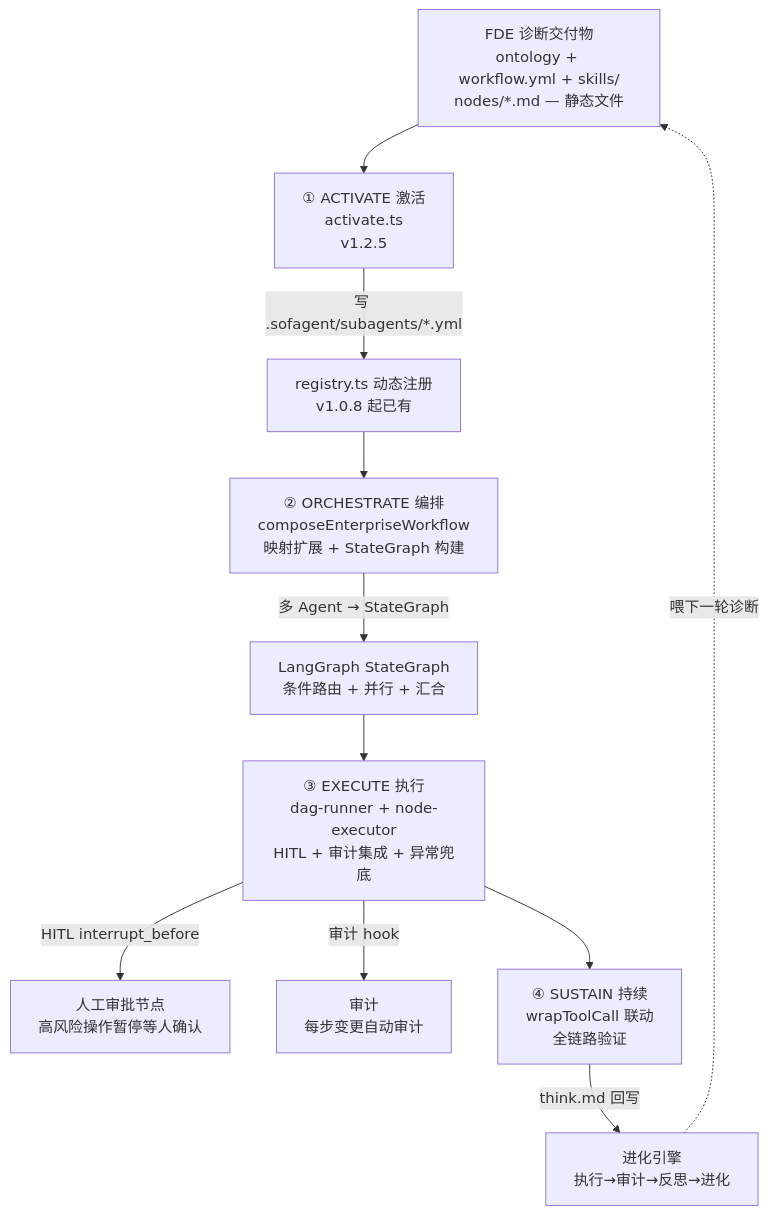
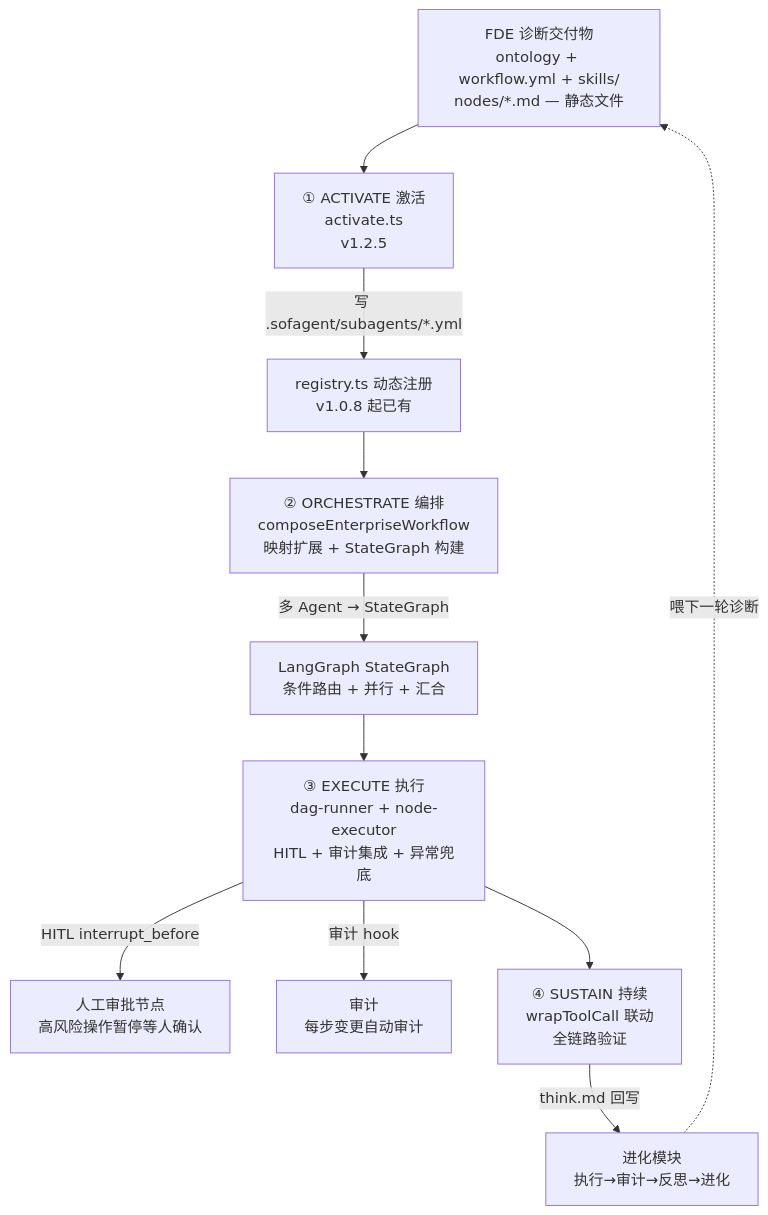
One commit to KongFangXun/sofagent changed the tenth of 10 diagrams in docs/ARCHITECTURE.md. Above: the diagram before and after it, drawn with Mermaid. The commit also changed other lines of this file and 63 other files, not shown here.

````diff
--- a/docs/ARCHITECTURE.md
+++ b/docs/ARCHITECTURE.md
@@ -1002,14 +1019,14 @@
 ```mermaid
 flowchart TD
     FDE[FDE 诊断交付物<br/>ontology + workflow.yml + skills/<br/>nodes/*.md — 静态文件]
     FDE --> A1[① ACTIVATE 激活<br/>activate.ts<br/>v1.2.5]
     A1 -->|写 .sofagent/subagents/*.yml| REG[registry.ts 动态注册<br/>v1.0.8 起已有]
     REG --> A2[② ORCHESTRATE 编排<br/>composeEnterpriseWorkflow<br/>映射扩展 + StateGraph 构建]
     A2 -->|多 Agent → StateGraph| SG[LangGraph StateGraph<br/>条件路由 + 并行 + 汇合]
     SG --> A3[③ EXECUTE 执行<br/>dag-runner + node-executor<br/>HITL + 审计集成 + 异常兜底]
     A3 -->|HITL interrupt_before| HITL[人工审批节点<br/>高风险操作暂停等人确认]
     A3 -->|审计 hook| AUDIT[审计<br/>每步变更自动审计]
     A3 --> A4[④ SUSTAIN 持续<br/>wrapToolCall 联动<br/>全链路验证]
-    A4 -->|think.md 回写| EVOLVE[进化引擎<br/>执行→审计→反思→进化]
+    A4 -->|think.md 回写| EVOLVE[进化模块<br/>执行→审计→反思→进化]
     EVOLVE -.->|喂下一轮诊断| FDE
 ```
````
